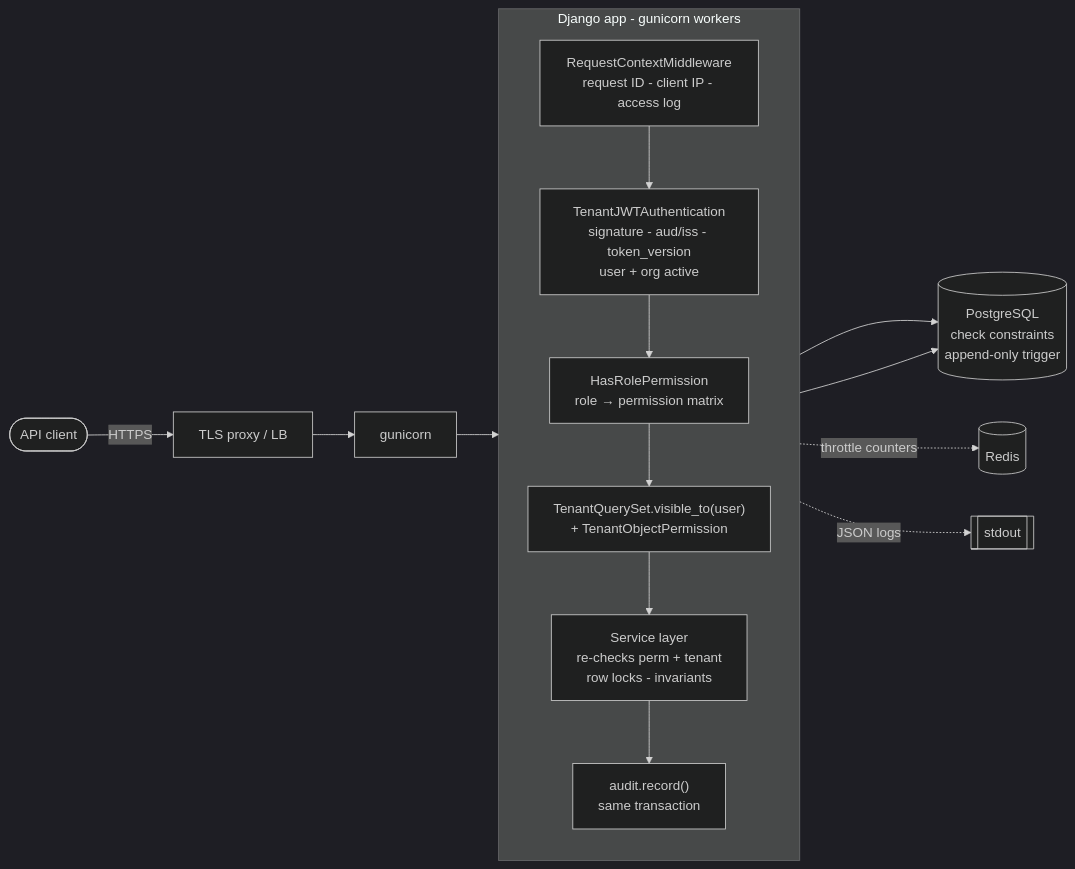
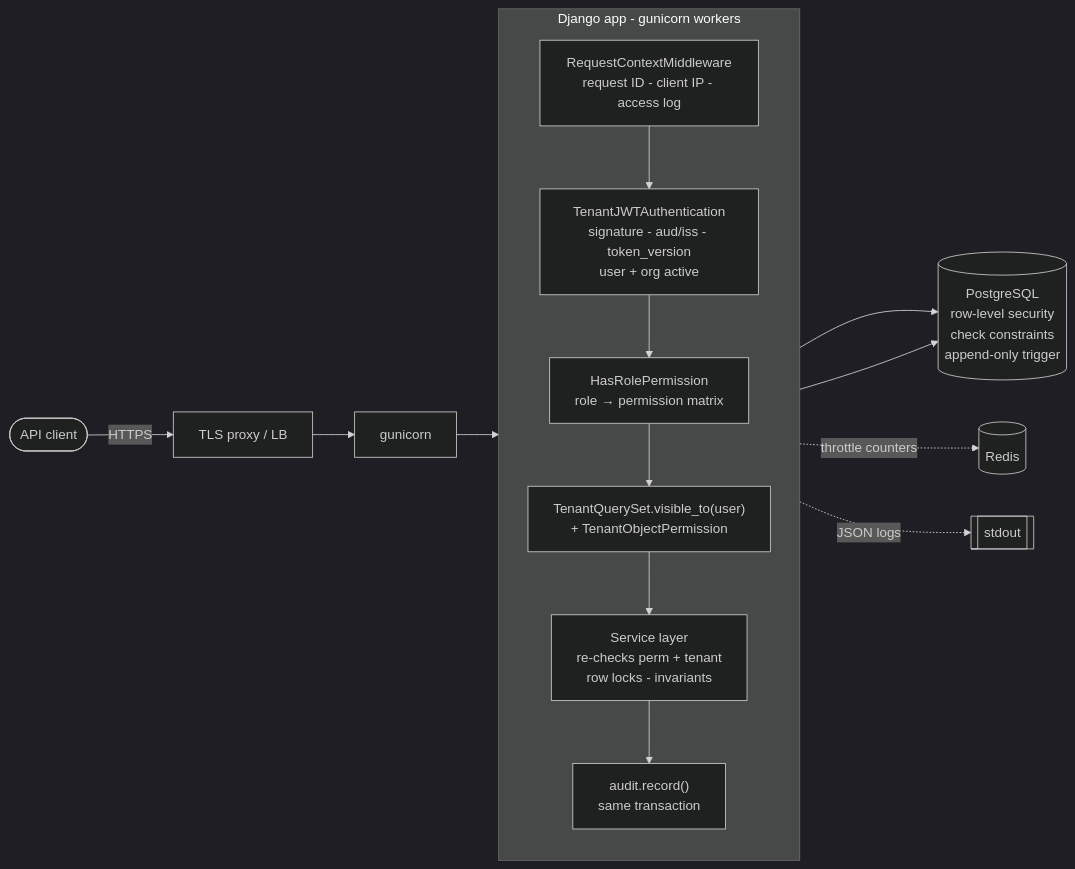
One commit to Arya-9989/secure-multi-tenant-platform changed the first of 2 diagrams in README.md. Above: the diagram before and after it, drawn with Mermaid (dark theme). The commit also changed other lines of this file and 32 other files, not shown here.

````diff
--- a/README.md
+++ b/README.md
@@ -197,22 +217,22 @@
 ```mermaid
 flowchart LR
     client([API client]) -->|HTTPS| proxy[TLS proxy / LB]
     proxy --> gunicorn
 
     subgraph app [Django app - gunicorn workers]
         direction TB
         mw["RequestContextMiddleware<br/>request ID - client IP - access log"]
         auth["TenantJWTAuthentication<br/>signature - aud/iss - token_version<br/>user + org active"]
         perms["HasRolePermission<br/>role → permission matrix"]
         scope["TenantQuerySet.visible_to(user)<br/>+ TenantObjectPermission"]
         svc["Service layer<br/>re-checks perm + tenant<br/>row locks - invariants"]
         audit["audit.record()<br/>same transaction"]
         mw --> auth --> perms --> scope --> svc --> audit
     end
 
     gunicorn --> mw
-    svc --> pg[(PostgreSQL<br/>check constraints<br/>append-only trigger)]
+    svc --> pg[(PostgreSQL<br/>row-level security<br/>check constraints<br/>append-only trigger)]
     audit --> pg
     perms -. throttle counters .-> redis[(Redis)]
     mw -. JSON logs .-> stdout[[stdout]]
 ```
````
